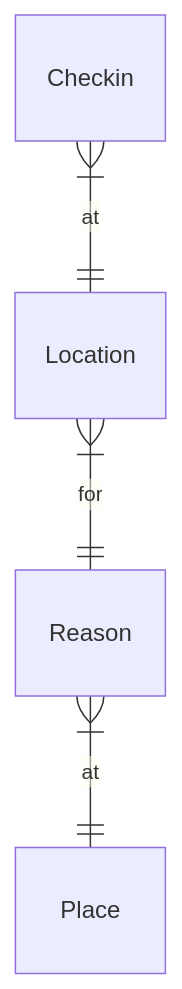
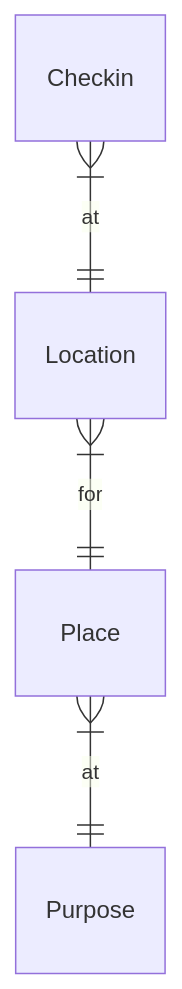
The diagram in docs/erd.md (BrendanTWhite/factos), drawn with Mermaid before and after one commit.

Commit message:
Purpose is now again called Purpose (and direction fixed)

````diff
--- a/docs/erd.md
+++ b/docs/erd.md
@@ -3,6 +3,6 @@
 ```mermaid
 erDiagram
     Checkin }|--|| Location : at
-    Location }|--|| Reason : for
-    Reason }|--|| Place : at
+    Location }|--|| Place : for
+    Place }|--|| Purpose : at
 ```
````
